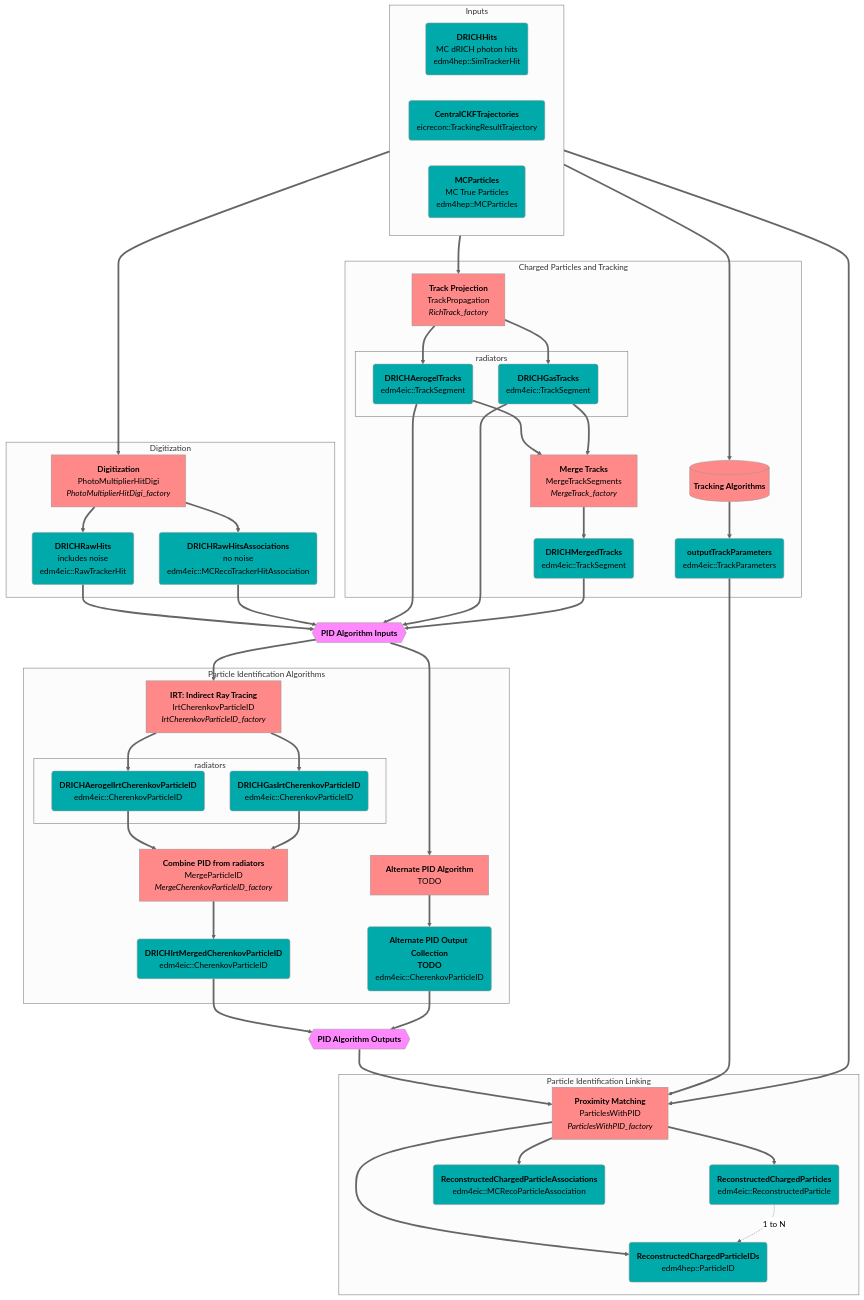
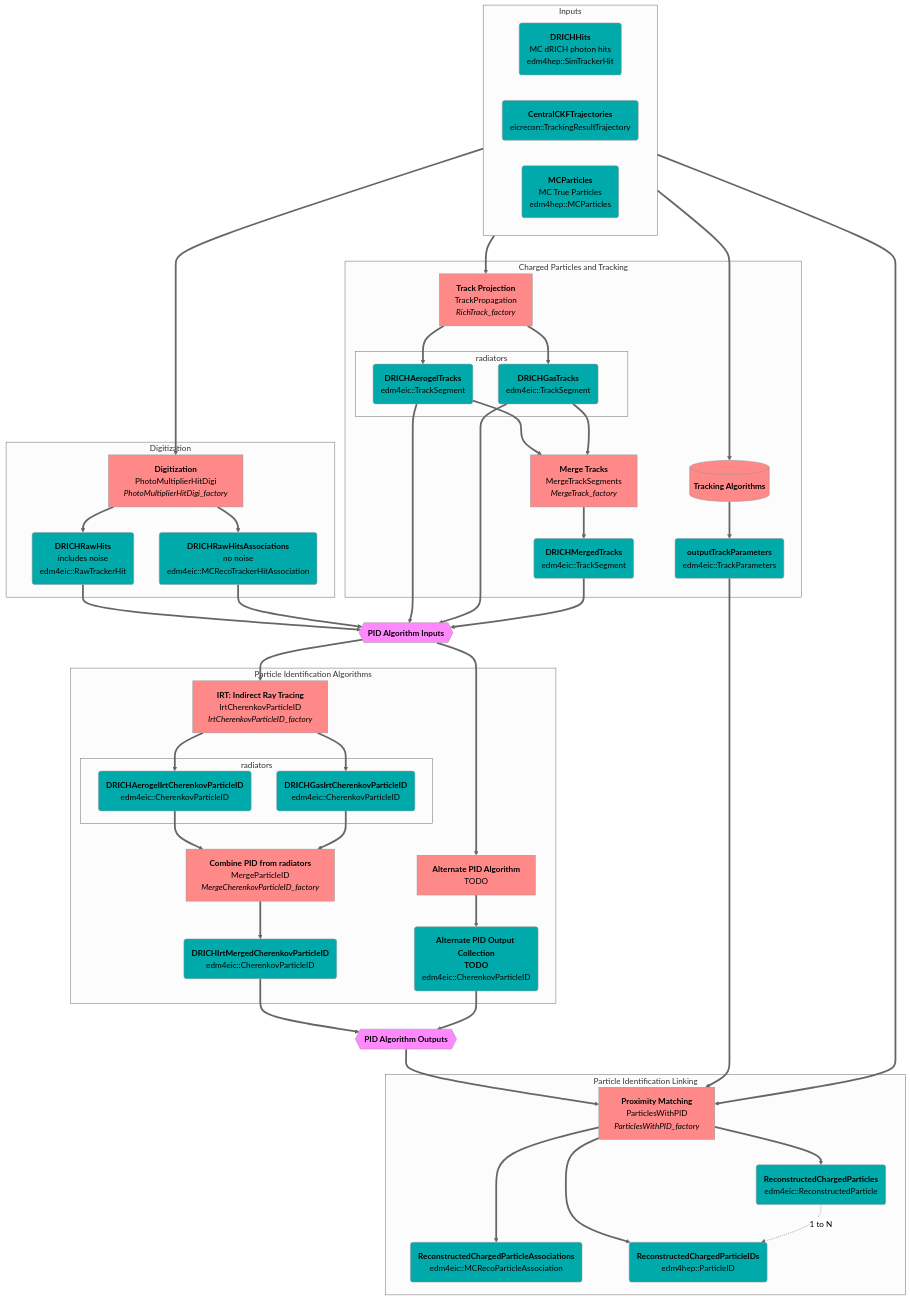
Before and after one commit to eic/EICrecon: the second of 5 diagrams in src/detectors/DRICH/README.md, drawn with Mermaid (neutral theme).

```diff
--- a/src/detectors/DRICH/README.md
+++ b/src/detectors/DRICH/README.md
@@ -120,7 +120,7 @@
   PIDOutputs      ==> ProxMatch
   TrackParameters ==> ProxMatch
   MCParts         ==> ProxMatch
-  ProxMatch ==> ReconAssocs
+  ProxMatch ===> ReconAssocs
   ProxMatch ==> ReconParts
   ProxMatch ==> ReconPIDs
   ReconParts -.1 to N.-> ReconPIDs
```
